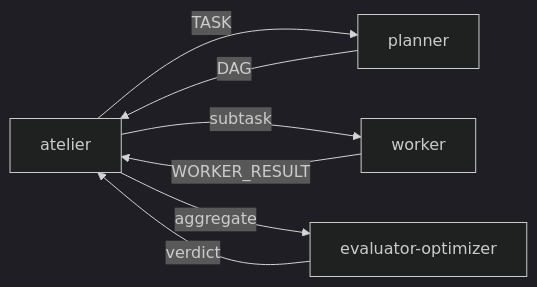
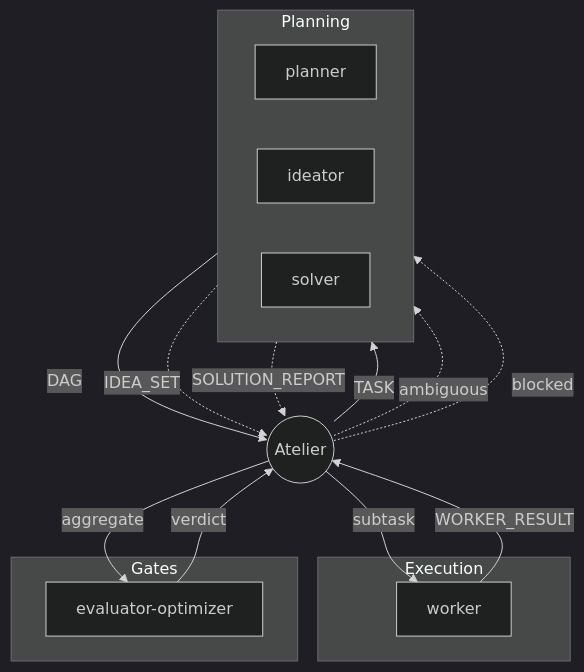
The diagram in README.md (Echeq/Atelier), drawn with Mermaid (dark theme) before and after one commit. The commit also changed other lines of this file and 8 other files, not shown here.

First line of the commit message:
Add ideator and solver with planning thresholds

````diff
--- a/README.md
+++ b/README.md
@@ -85,9 +90,30 @@
 ```mermaid
-flowchart LR
-  A[atelier] -->|TASK| P[planner]
+flowchart TB
+  A((Atelier))
+
+  subgraph Planning
+    direction LR
+    P[planner]
+    I[ideator]
+    S[solver]
+  end
+
+  subgraph Execution
+    W[worker]
+  end
+
+  subgraph Gates
+    E[evaluator-optimizer]
+  end
+
+  A -->|TASK| P
   P -->|DAG| A
-  A -->|subtask| W[worker]
+  A -. ambiguous .-> I
+  I -. IDEA_SET .-> A
+  A -. blocked .-> S
+  S -. SOLUTION_REPORT .-> A
+  A -->|subtask| W
   W -->|WORKER_RESULT| A
-  A -->|aggregate| E[evaluator-optimizer]
+  A -->|aggregate| E
   E -->|verdict| A
 ```
````
